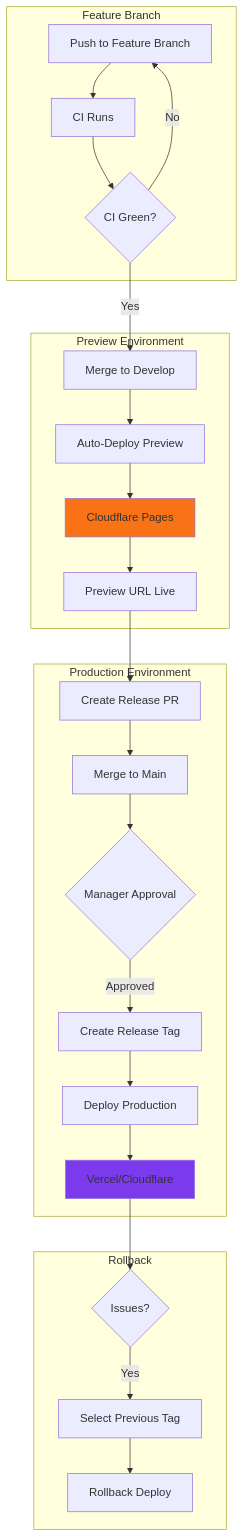
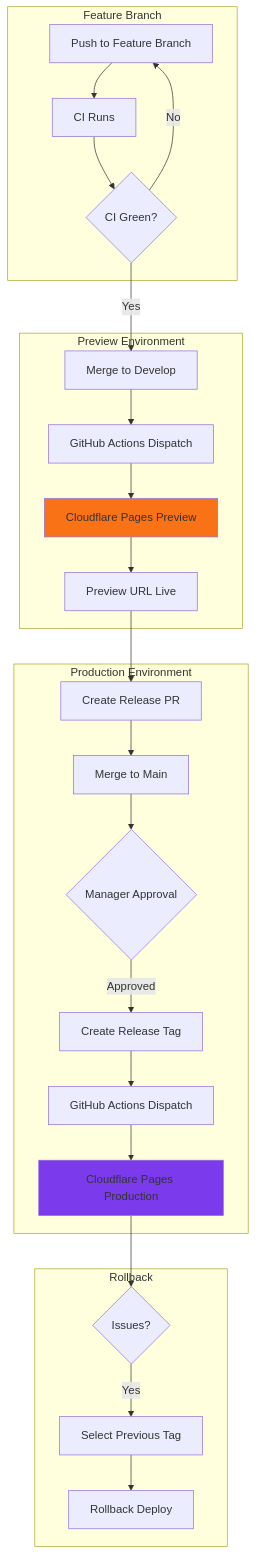
One commit to JeevantheDev/ShipBrain changed the ninth of 19 diagrams in SHIPBRAIN_PRD_FINAL.md. Above: the diagram before and after it, drawn with Mermaid. The commit also changed other lines of this file, not shown here.

````diff
--- a/SHIPBRAIN_PRD_FINAL.md
+++ b/SHIPBRAIN_PRD_FINAL.md
@@ -408,34 +409,34 @@
 ```mermaid
 flowchart TB
     subgraph "Feature Branch"
         A[Push to Feature Branch]
         A --> B[CI Runs]
         B --> C{CI Green?}
         C -->|No| A
     end
 
     subgraph "Preview Environment"
         C -->|Yes| D[Merge to Develop]
-        D --> E[Auto-Deploy Preview]
-        E --> F[Cloudflare Pages]
+        D --> E[GitHub Actions Dispatch]
+        E --> F[Cloudflare Pages Preview]
         F --> G[Preview URL Live]
     end
 
     subgraph "Production Environment"
         G --> H[Create Release PR]
         H --> I[Merge to Main]
         I --> J{Manager Approval}
         J -->|Approved| K[Create Release Tag]
-        K --> L[Deploy Production]
-        L --> M[Vercel/Cloudflare]
+        K --> L[GitHub Actions Dispatch]
+        L --> M[Cloudflare Pages Production]
     end
 
     subgraph "Rollback"
         M --> N{Issues?}
         N -->|Yes| O[Select Previous Tag]
         O --> P[Rollback Deploy]
     end
 
     style F fill:#f97316
     style M fill:#7c3aed
 ```
````
